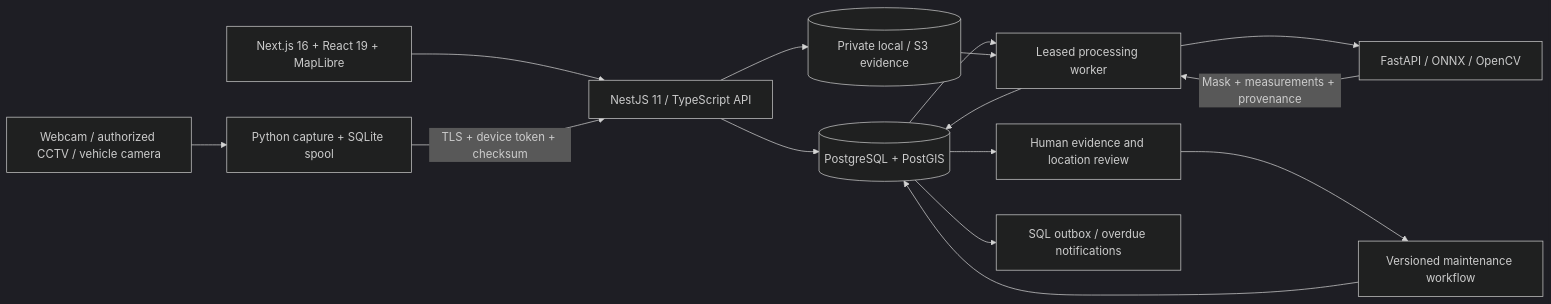
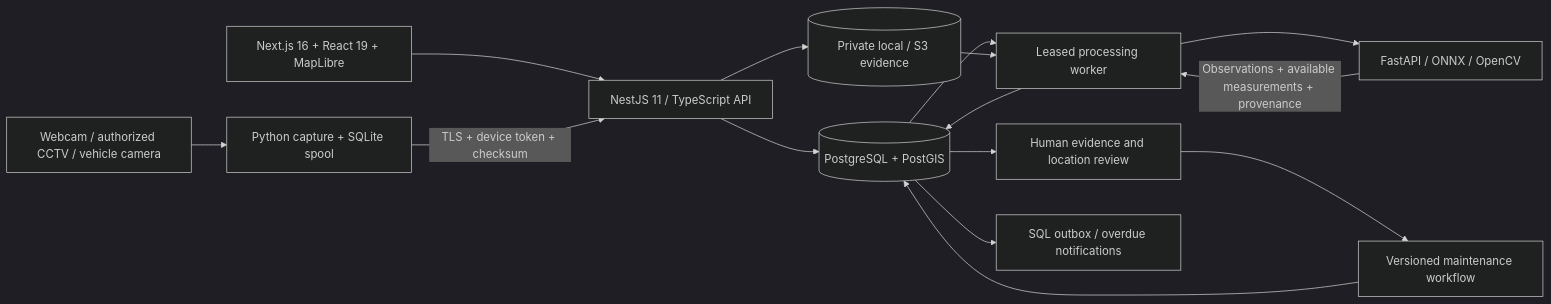
The diagram in README.md (shrawaniGawade/roadwatch), drawn with Mermaid (dark theme) before and after one commit. The commit also changed other lines of this file and 1 other file, not shown here.

````diff
--- a/README.md
+++ b/README.md
@@ -46,17 +46,17 @@
 ```mermaid
 flowchart LR
   Camera[Webcam / authorized CCTV / vehicle camera] --> Edge[Python capture + SQLite spool]
   Browser[Next.js 16 + React 19 + MapLibre] --> API[NestJS 11 / TypeScript API]
   Edge -->|TLS + device token + checksum| API
   API --> DB[(PostgreSQL + PostGIS)]
   API --> Store[(Private local / S3 evidence)]
   DB --> Jobs[Leased processing worker]
   Store --> Jobs
   Jobs --> Vision[FastAPI / ONNX / OpenCV]
-  Vision -->|Mask + measurements + provenance| Jobs
+  Vision -->|Observations + available measurements + provenance| Jobs
   Jobs --> DB
   DB --> Review[Human evidence and location review]
   Review --> Maintenance[Versioned maintenance workflow]
   Maintenance --> DB
   DB --> Alerts[SQL outbox / overdue notifications]
 ```
````
